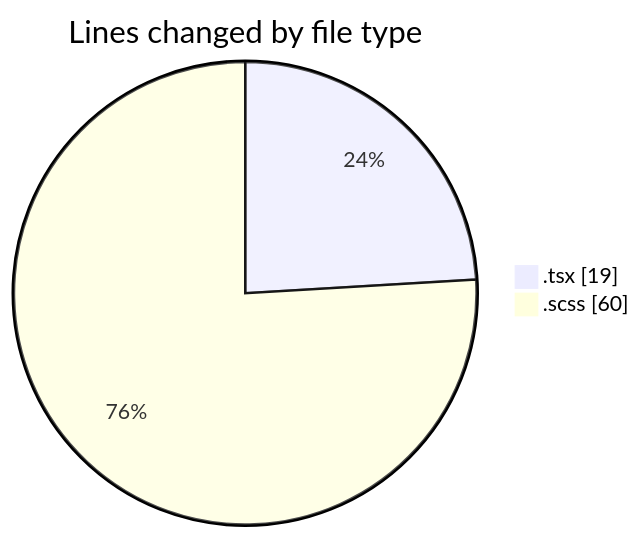
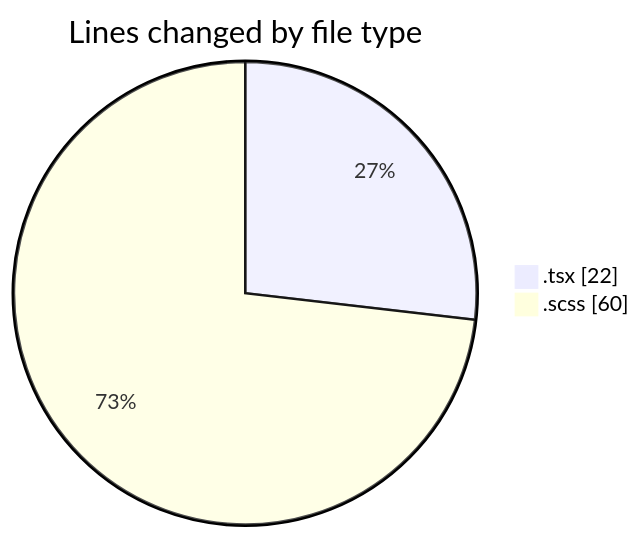
The first of 2 diagrams in 2025-12-09/cda/README.md (momahboobian/code-tracking), drawn with Mermaid before and after one commit. The commit also changed other lines of this file and 1 other file, not shown here.

````diff
--- a/2025-12-09/cda/README.md
+++ b/2025-12-09/cda/README.md
@@ -21,6 +21,6 @@
 ```mermaid
 pie showData
 title Lines changed by file type
-".tsx" : 19
+".tsx" : 22
 ".scss" : 60
 ```
````
